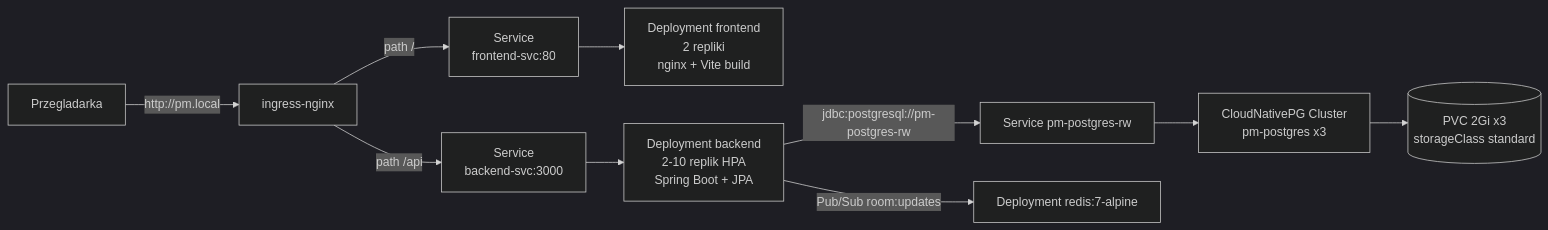
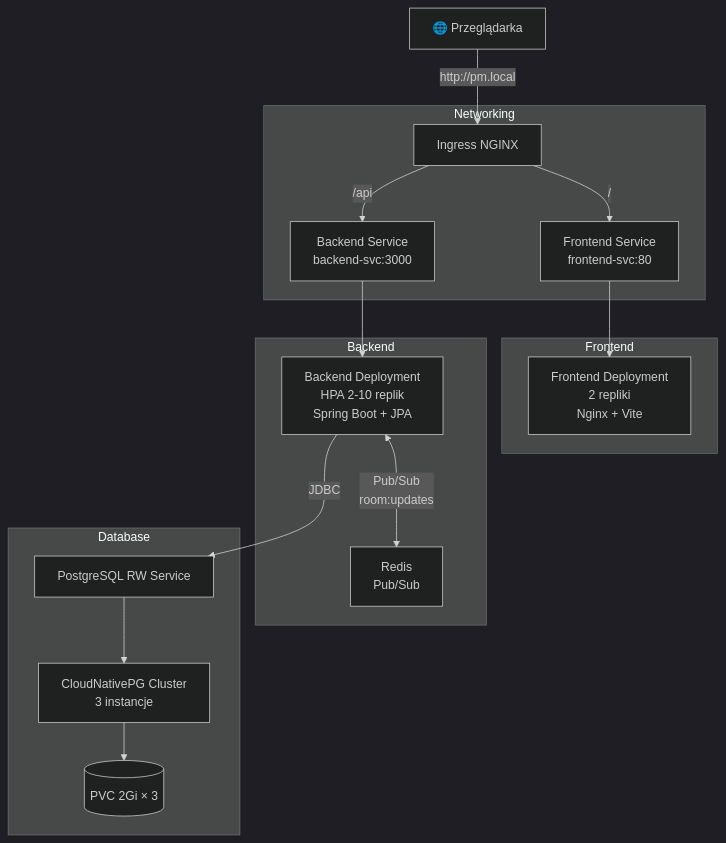
One commit to WojciechGalant1/categories-game changed the diagram in README.md. Above: the diagram before and after it, drawn with Mermaid (dark theme).

````diff
--- a/README.md
+++ b/README.md
@@ -45,12 +45,41 @@
 ```mermaid
-flowchart LR
-    user[Przegladarka] -->|http://pm.local| ingress[ingress-nginx]
-    ingress -->|path /| feSvc[Service<br/>frontend-svc:80]
-    ingress -->|path /api| beSvc[Service<br/>backend-svc:3000]
-    feSvc --> feDep[Deployment frontend<br/>2 repliki<br/>nginx + Vite build]
-    beSvc --> beDep[Deployment backend<br/>2-10 replik HPA<br/>Spring Boot + JPA]
-    beDep -->|"jdbc:postgresql://pm-postgres-rw"| pgRw[Service pm-postgres-rw]
-    beDep -->|Pub/Sub room:updates| redis[Deployment redis:7-alpine]
-    pgRw --> cnpg[CloudNativePG Cluster<br/>pm-postgres x3]
-    cnpg --> pvc[(PVC 2Gi x3<br/>storageClass standard)]
+flowchart TD
+
+    user[🌐 Przeglądarka]
+
+    subgraph Networking
+        ingress[Ingress NGINX]
+        feSvc[Frontend Service<br/>frontend-svc:80]
+        beSvc[Backend Service<br/>backend-svc:3000]
+    end
+
+    subgraph Frontend
+        feDep[Frontend Deployment<br/>2 repliki<br/>Nginx + Vite]
+    end
+
+    subgraph Backend
+        beDep[Backend Deployment<br/>HPA 2-10 replik<br/>Spring Boot + JPA]
+        redis[Redis<br/>Pub/Sub]
+    end
+
+    subgraph Database
+        pgRw[PostgreSQL RW Service]
+        cnpg[CloudNativePG Cluster<br/>3 instancje]
+        pvc[(PVC 2Gi × 3)]
+    end
+
+    user -->|http://pm.local| ingress
+
+    ingress -->|/| feSvc
+    ingress -->|/api| beSvc
+
+    feSvc --> feDep
+
+    beSvc --> beDep
+
+    beDep -->|JDBC| pgRw
+    pgRw --> cnpg
+    cnpg --> pvc
+
+    beDep <-->|Pub/Sub<br/>room:updates| redis
 ```
````
